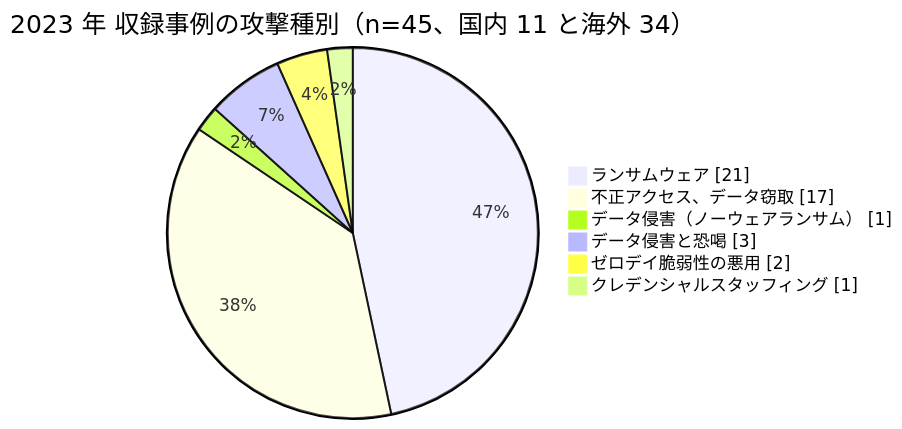
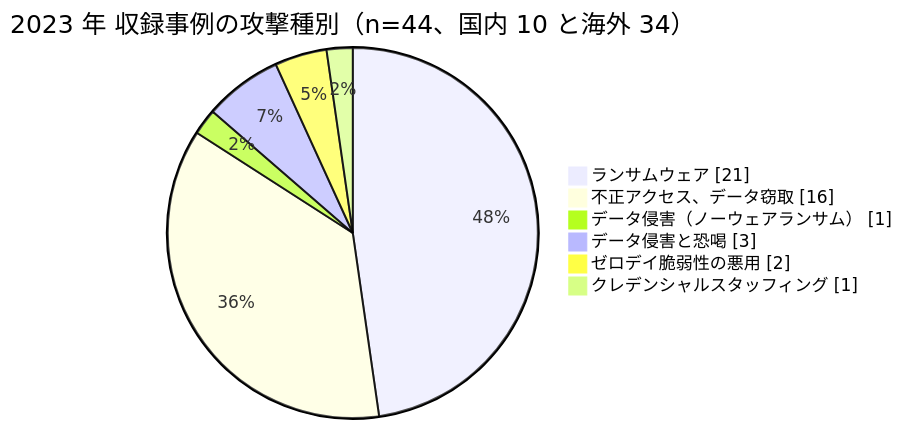
One commit to scgajge12/awesome-healthcare-security changed the diagram in docs/threats/incidents/years/2023-summary.md. Above: the diagram before and after it, drawn with Mermaid. The commit also changed other lines of this file and 14 other files, not shown here.

````diff
--- a/docs/threats/incidents/years/2023-summary.md
+++ b/docs/threats/incidents/years/2023-summary.md
@@ -49,10 +49,10 @@
 ```mermaid
 pie showData
-    title 2023 年 収録事例の攻撃種別（n=45、国内 11 と海外 34）
+    title 2023 年 収録事例の攻撃種別（n=44、国内 10 と海外 34）
     "ランサムウェア" : 21
-    "不正アクセス、データ窃取" : 17
+    "不正アクセス、データ窃取" : 16
     "データ侵害（ノーウェアランサム）" : 1
     "データ侵害と恐喝" : 3
     "ゼロデイ脆弱性の悪用" : 2
     "クレデンシャルスタッフィング" : 1
 ```
````
